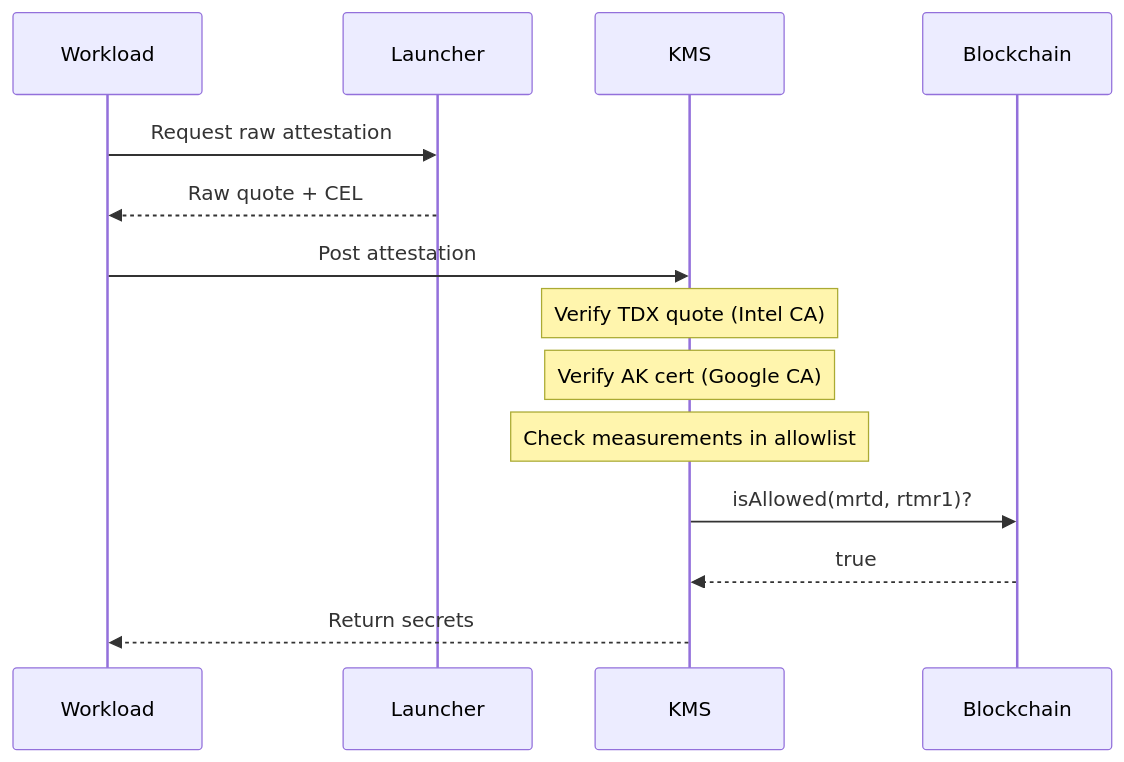
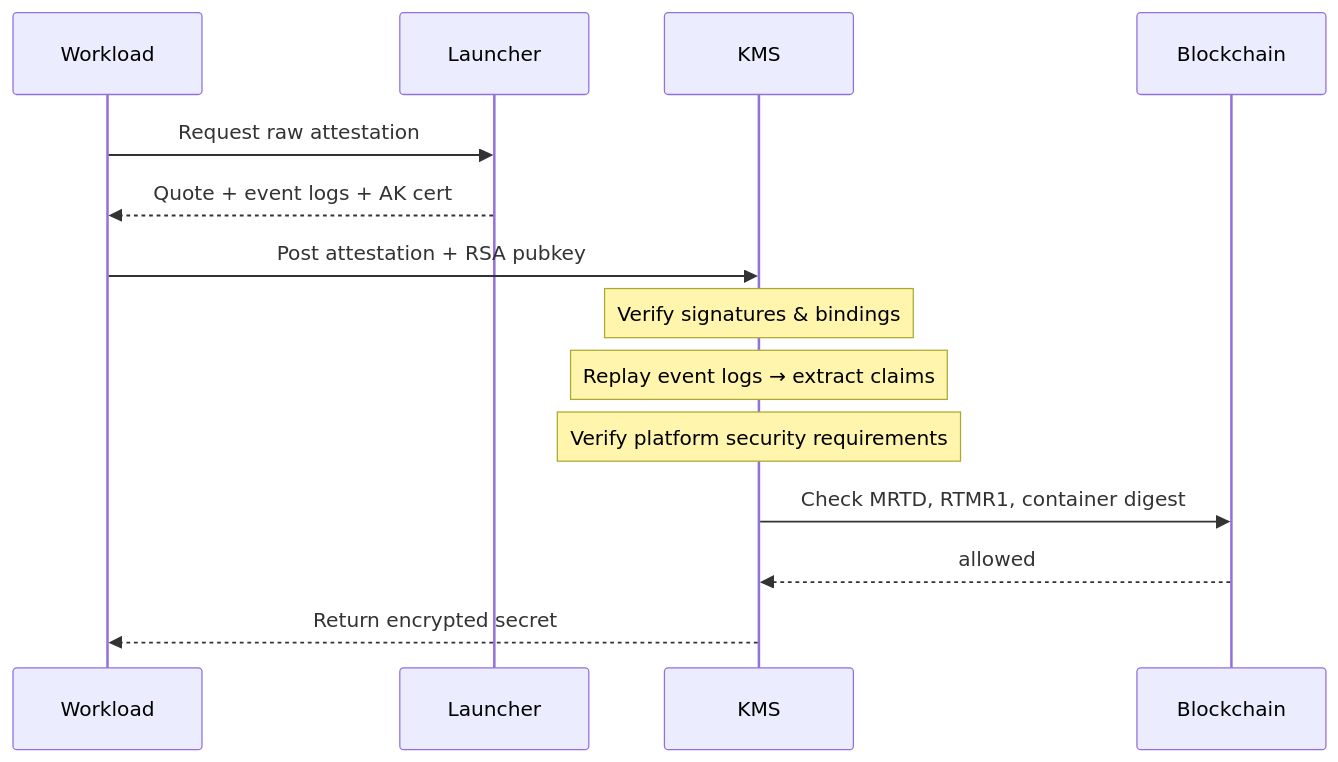
One commit to Layr-Labs/go-tpm-tools changed the diagram in research/README.md. Above: the diagram before and after it, drawn with Mermaid. The commit also changed other lines of this file and 3 other files, not shown here.

````diff
--- a/research/README.md
+++ b/research/README.md
@@ -69,20 +72,20 @@
 ```mermaid
 sequenceDiagram
     participant W as Workload
     participant L as Launcher
     participant K as KMS
     participant B as Blockchain
 
     W->>L: Request raw attestation
-    L-->>W: Raw quote + CEL
-    W->>K: Post attestation
-    
-    Note over K: Verify TDX quote (Intel CA)
-    Note over K: Verify AK cert (Google CA)
-    Note over K: Check measurements in allowlist
-    
-    K->>B: isAllowed(mrtd, rtmr1)?
-    B-->>K: true
-    
-    K-->>W: Return secrets
+    L-->>W: Quote + event logs + AK cert
+    W->>K: Post attestation + RSA pubkey
+
+    Note over K: Verify signatures & bindings
+    Note over K: Replay event logs → extract claims
+    Note over K: Verify platform security requirements
+
+    K->>B: Check MRTD, RTMR1, container digest
+    B-->>K: allowed
+
+    K-->>W: Return encrypted secret
 ```
````
